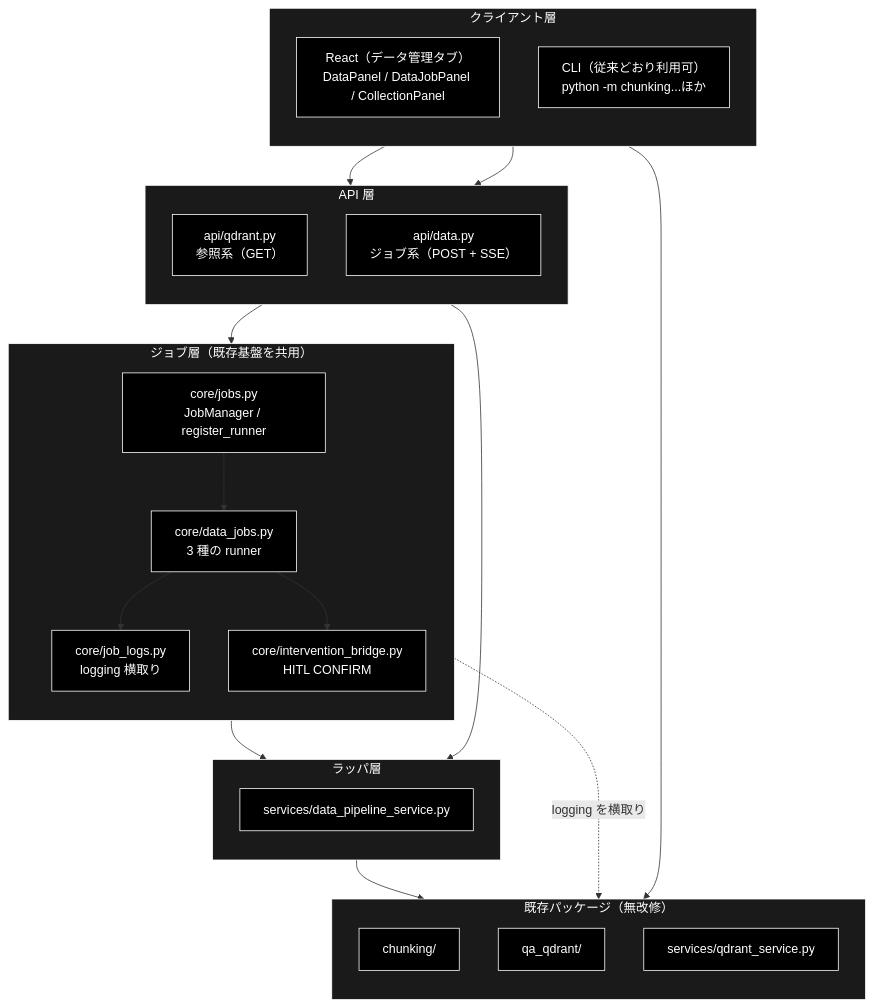
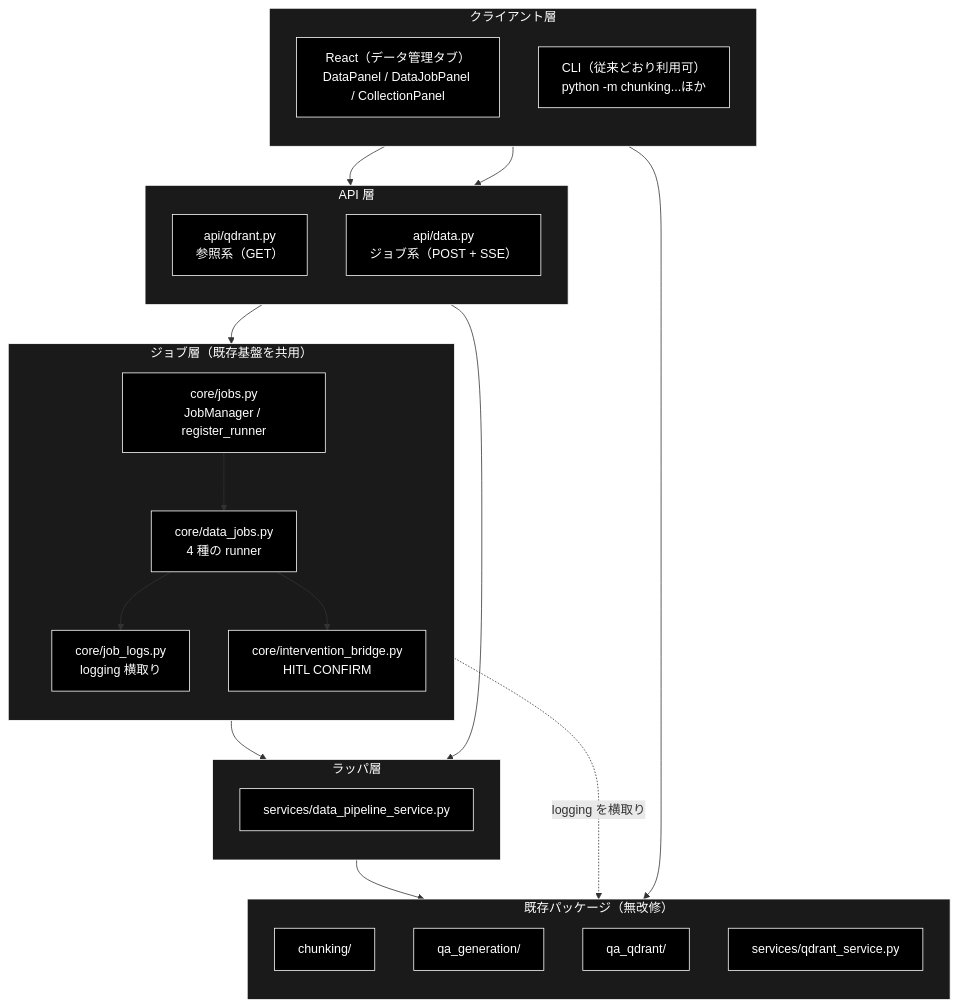
Before and after one commit to nakashima2toshio/grace_v2_local: the first of 4 diagrams in backend/docs/data_pipeline.md, drawn with Mermaid. The commit also changed other lines of this file and 22 other files, not shown here.

````diff
--- a/backend/docs/data_pipeline.md
+++ b/backend/docs/data_pipeline.md
@@ -103,54 +113,55 @@
 ```mermaid
 flowchart TB
     subgraph CLIENT["クライアント層"]
         direction TB
         FE["React（データ管理タブ）<br>DataPanel / DataJobPanel / CollectionPanel"]
         CLI["CLI（従来どおり利用可）<br>python -m chunking...ほか"]
     end
 
     subgraph API["API 層"]
         direction TB
         QR["api/qdrant.py<br>参照系（GET）"]
         DA["api/data.py<br>ジョブ系（POST + SSE）"]
     end
 
     subgraph CORE["ジョブ層（既存基盤を共用）"]
         direction TB
         JOBS["core/jobs.py<br>JobManager / register_runner"]
-        DJ["core/data_jobs.py<br>3 種の runner"]
+        DJ["core/data_jobs.py<br>4 種の runner"]
         JL["core/job_logs.py<br>logging 横取り"]
         IB["core/intervention_bridge.py<br>HITL CONFIRM"]
     end
 
     subgraph EXIST["既存パッケージ（無改修）"]
         direction TB
         CH["chunking/"]
+        QG["qa_generation/"]
         QQ["qa_qdrant/"]
         QS["services/qdrant_service.py"]
     end
 
     subgraph WRAP["ラッパ層"]
         direction TB
         DPS["services/data_pipeline_service.py"]
     end
 
     FE --> QR
     FE --> DA
     CLI --> EXIST
     DA --> JOBS
     JOBS --> DJ
     DJ --> JL
     DJ --> IB
     DJ --> DPS
     QR --> DPS
     DPS --> EXIST
     JL -.->|"logging を横取り"| EXIST
 classDef default fill:#000,stroke:#fff,color:#fff
 classDef subgraphStyle fill:#1a1a1a,stroke:#fff,color:#fff
-class FE,CLI,QR,DA,JOBS,DJ,JL,IB,CH,QQ,QS,DPS default
+class FE,CLI,QR,DA,JOBS,DJ,JL,IB,CH,QG,QQ,QS,DPS default
 style CLIENT fill:#1a1a1a,stroke:#fff,color:#fff
 style API fill:#1a1a1a,stroke:#fff,color:#fff
 style CORE fill:#1a1a1a,stroke:#fff,color:#fff
 style EXIST fill:#1a1a1a,stroke:#fff,color:#fff
 style WRAP fill:#1a1a1a,stroke:#fff,color:#fff
 ```
````
